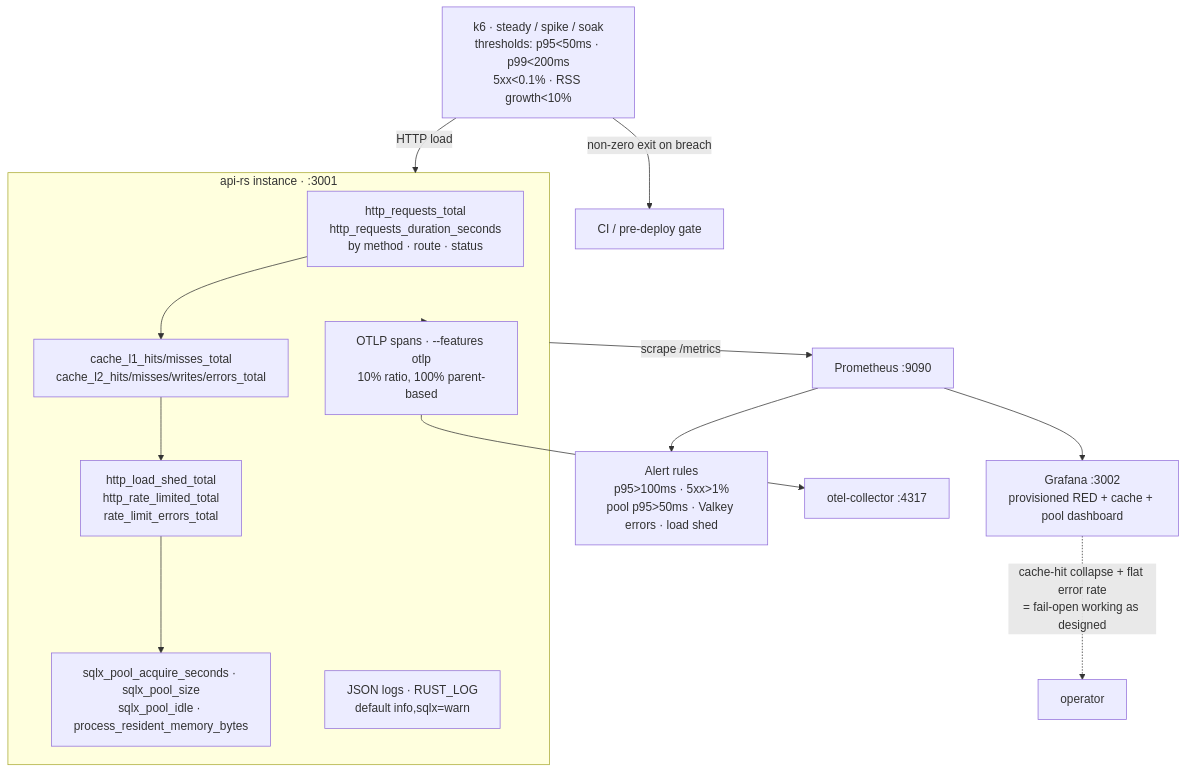
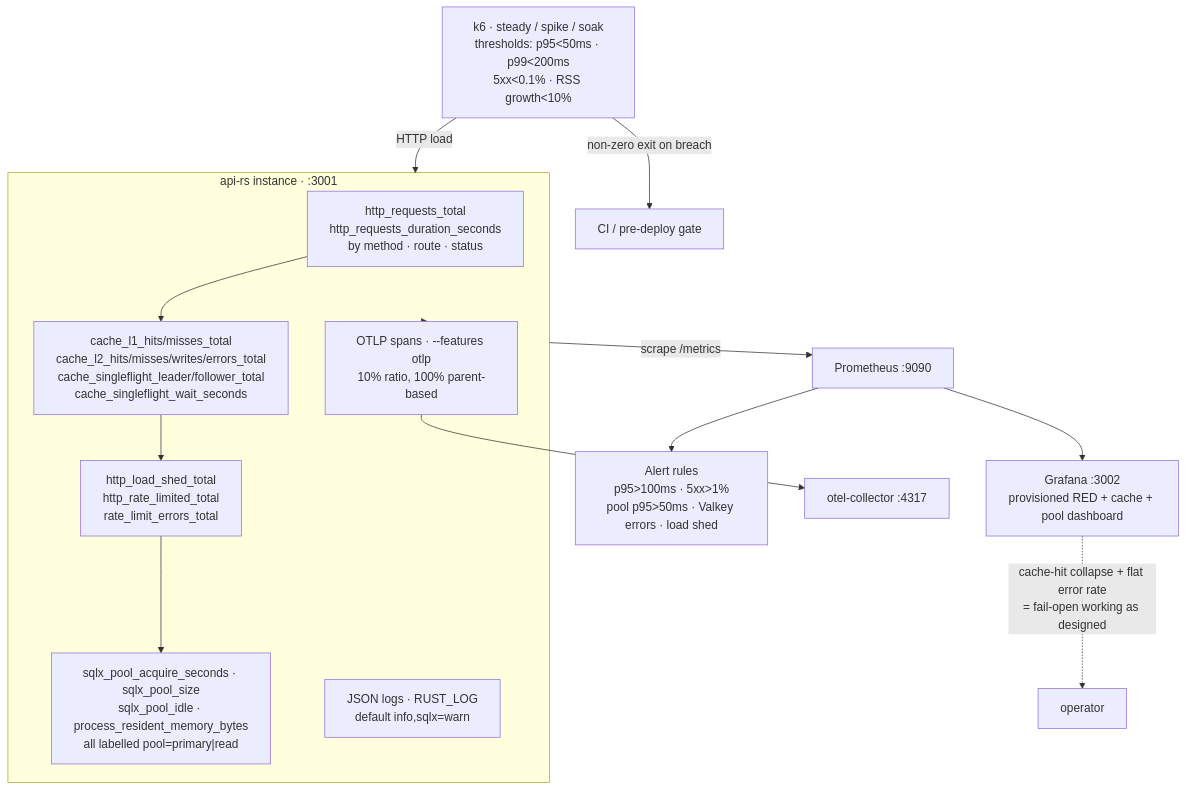
The fifth of 6 diagrams in api-rs/ARCHITECTURE.md (yamid-granda/react-native-and-web), drawn with Mermaid before and after one commit. The commit also changed other lines of this file and 17 other files, not shown here.

First line of the commit message:
perf(api-rs): add read replica, singleflight, and list index

````diff
--- a/api-rs/ARCHITECTURE.md
+++ b/api-rs/ARCHITECTURE.md
@@ -260,21 +278,21 @@
 ```mermaid
 flowchart TB
     subgraph inst["api-rs instance · :3001"]
         red["http_requests_total<br/>http_requests_duration_seconds<br/>by method · route · status"]
-        cache_m["cache_l1_hits/misses_total<br/>cache_l2_hits/misses/writes/errors_total"]
+        cache_m["cache_l1_hits/misses_total<br/>cache_l2_hits/misses/writes/errors_total<br/>cache_singleflight_leader/follower_total<br/>cache_singleflight_wait_seconds"]
         protect["http_load_shed_total<br/>http_rate_limited_total<br/>rate_limit_errors_total"]
-        pool_m["sqlx_pool_acquire_seconds · sqlx_pool_size<br/>sqlx_pool_idle · process_resident_memory_bytes"]
+        pool_m["sqlx_pool_acquire_seconds · sqlx_pool_size<br/>sqlx_pool_idle · process_resident_memory_bytes<br/>all labelled pool=primary|read"]
         logs["JSON logs · RUST_LOG<br/>default info,sqlx=warn"]
         spans["OTLP spans · --features otlp<br/>10% ratio, 100% parent-based"]
         red --> cache_m --> protect --> pool_m
     end
 
     k6["k6 · steady / spike / soak<br/>thresholds: p95<50ms · p99<200ms<br/>5xx<0.1% · RSS growth<10%"] -->|"HTTP load"| inst
     k6 -->|"non-zero exit on breach"| gate["CI / pre-deploy gate"]
 
     inst -->|"scrape /metrics"| prom["Prometheus :9090"]
     prom --> graf["Grafana :3002<br/>provisioned RED + cache + pool dashboard"]
     prom --> rules["Alert rules<br/>p95>100ms · 5xx>1%<br/>pool p95>50ms · Valkey errors · load shed"]
     inst -.-> spans --> otelc["otel-collector :4317"]
     graf -.->|"cache-hit collapse + flat error rate<br/>= fail-open working as designed"| ops["operator"]
 ```
````
